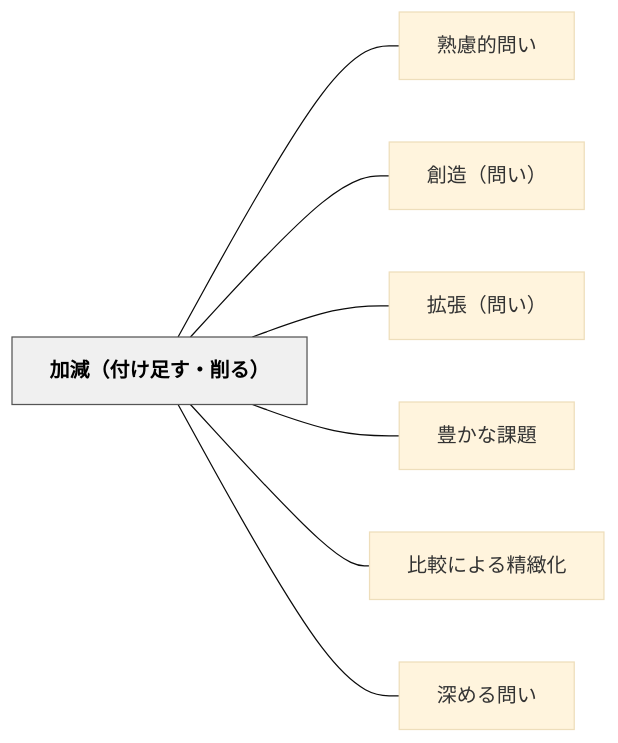
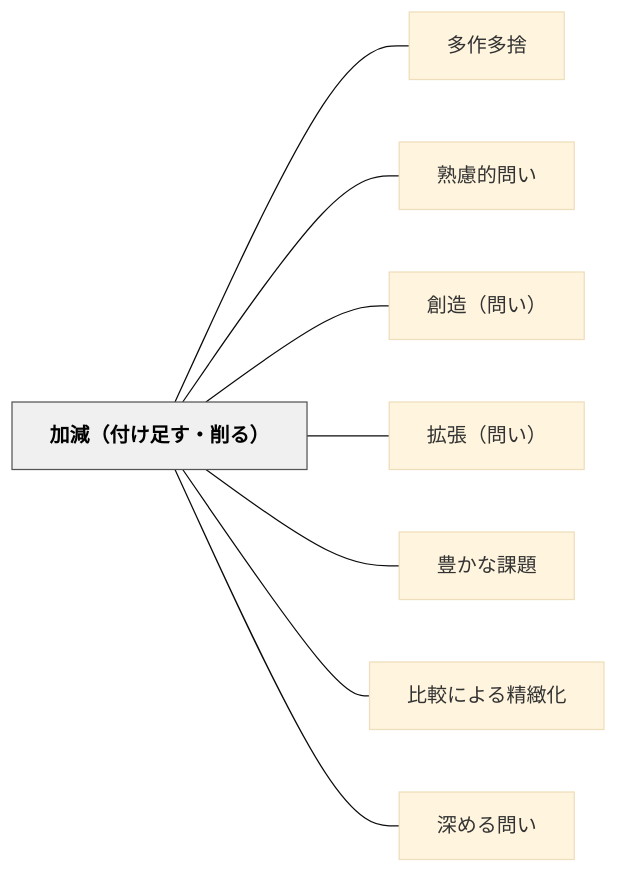
The diagram in content/パタン/加減（付け足す・削る）.md (unknownthings-ed-patterns/unknownthings-ed-patterns), drawn with Mermaid (base theme) before and after one commit. The commit also changed other lines of this file and 185 other files, not shown here.

````diff
--- a/content/パタン/加減（付け足す・削る）.md
+++ b/content/パタン/加減（付け足す・削る）.md
@@ -43,20 +44,22 @@
 ```mermaid
 flowchart LR
     ne58aa0e6b89befbc88e4bb98e38191e8b6b3e38199e383bbe5898ae3828befbc89["加減（付け足す・削る）"]
+    ne5a49ae4bd9ce5a49ae68da8["多作多捨"]
     ne7869fe685aee79a84e5958fe38184["熟慮的問い"]
     ne589b5e980a0efbc88e5958fe38184efbc89["創造（問い）"]
     ne68ba1e5bcb5efbc88e5958fe38184efbc89["拡張（問い）"]
     ne8b18ae3818be381aae8aab2e9a18c["豊かな課題"]
     ne6af94e8bc83e381abe38288e3828be7b2bee7b7bbe58c96["比較による精緻化"]
     ne6b7b1e38281e3828be5958fe38184["深める問い"]
 
+    ne58aa0e6b89befbc88e4bb98e38191e8b6b3e38199e383bbe5898ae3828befbc89 --- ne5a49ae4bd9ce5a49ae68da8
     ne58aa0e6b89befbc88e4bb98e38191e8b6b3e38199e383bbe5898ae3828befbc89 --- ne7869fe685aee79a84e5958fe38184
     ne58aa0e6b89befbc88e4bb98e38191e8b6b3e38199e383bbe5898ae3828befbc89 --- ne589b5e980a0efbc88e5958fe38184efbc89
     ne58aa0e6b89befbc88e4bb98e38191e8b6b3e38199e383bbe5898ae3828befbc89 --- ne68ba1e5bcb5efbc88e5958fe38184efbc89
     ne58aa0e6b89befbc88e4bb98e38191e8b6b3e38199e383bbe5898ae3828befbc89 --- ne8b18ae3818be381aae8aab2e9a18c
     ne58aa0e6b89befbc88e4bb98e38191e8b6b3e38199e383bbe5898ae3828befbc89 --- ne6af94e8bc83e381abe38288e3828be7b2bee7b7bbe58c96
     ne58aa0e6b89befbc88e4bb98e38191e8b6b3e38199e383bbe5898ae3828befbc89 --- ne6b7b1e38281e3828be5958fe38184
 
     classDef hub fill:#f0f0f0,stroke:#555,color:#000,font-weight:bold
     class ne58aa0e6b89befbc88e4bb98e38191e8b6b3e38199e383bbe5898ae3828befbc89 hub
 ```
````
